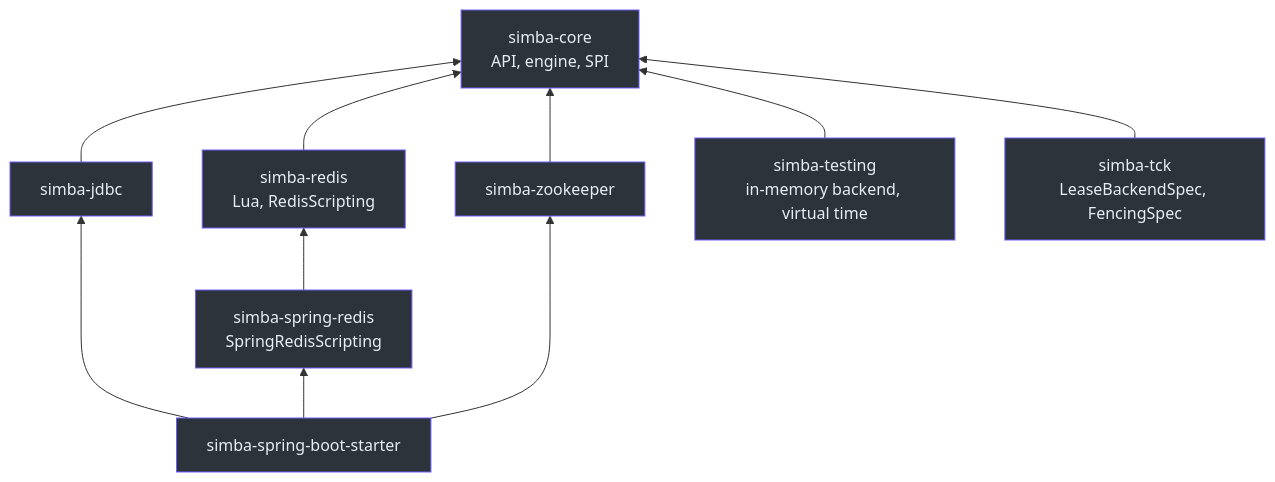
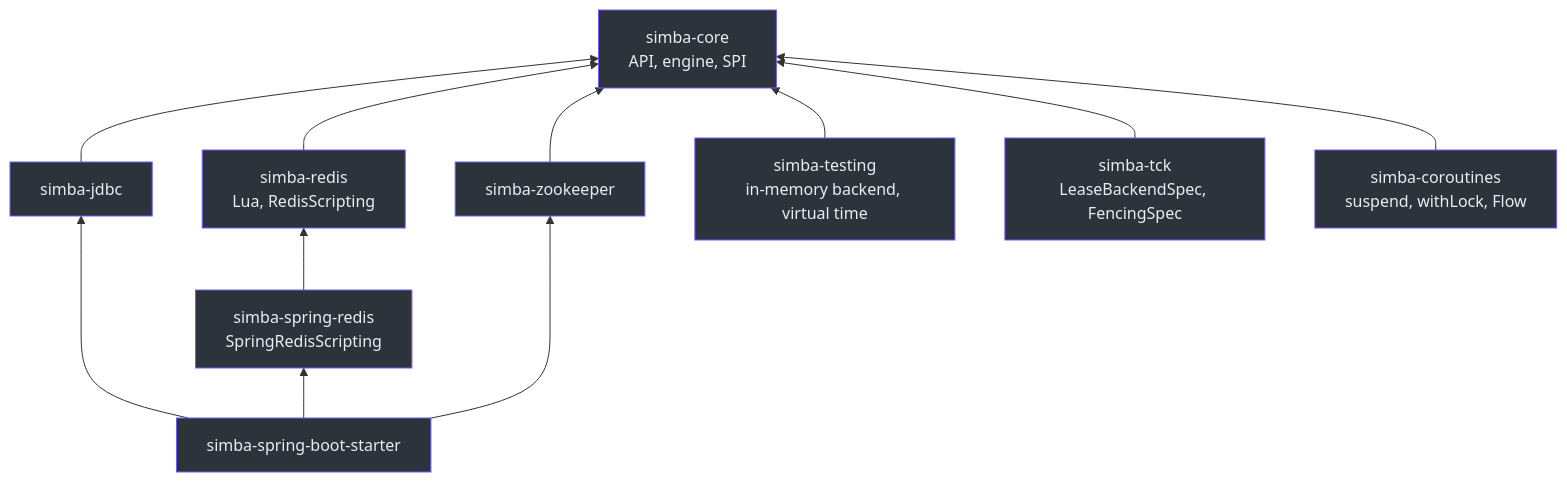
One commit to Ahoo-Wang/Simba changed the first of 2 diagrams in wiki/architecture/index.md. Above: the diagram before and after it, drawn with Mermaid. The commit also changed 19 other files, not shown here.

````diff
--- a/wiki/architecture/index.md
+++ b/wiki/architecture/index.md
@@ -13,28 +13,31 @@
 ```mermaid
 graph BT
     core["simba-core<br>API, engine, SPI"]
     jdbc["simba-jdbc"]
     redis["simba-redis<br>Lua, RedisScripting"]
     sredis["simba-spring-redis<br>SpringRedisScripting"]
     zk["simba-zookeeper"]
     starter["simba-spring-boot-starter"]
     testing["simba-testing<br>in-memory backend, virtual time"]
     tck["simba-tck<br>LeaseBackendSpec, FencingSpec"]
+    coroutines["simba-coroutines<br>suspend, withLock, Flow"]
     jdbc --> core
     redis --> core
     sredis --> redis
     zk --> core
     starter --> jdbc
     starter --> sredis
     starter --> zk
     testing --> core
     tck --> core
+    coroutines --> core
     style core fill:#2d333b,stroke:#6d5dfc,color:#e6edf3
     style jdbc fill:#2d333b,stroke:#6d5dfc,color:#e6edf3
     style redis fill:#2d333b,stroke:#6d5dfc,color:#e6edf3
     style sredis fill:#2d333b,stroke:#6d5dfc,color:#e6edf3
     style zk fill:#2d333b,stroke:#6d5dfc,color:#e6edf3
     style starter fill:#2d333b,stroke:#6d5dfc,color:#e6edf3
     style testing fill:#2d333b,stroke:#6d5dfc,color:#e6edf3
     style tck fill:#2d333b,stroke:#6d5dfc,color:#e6edf3
+    style coroutines fill:#2d333b,stroke:#6d5dfc,color:#e6edf3
 ```
````
